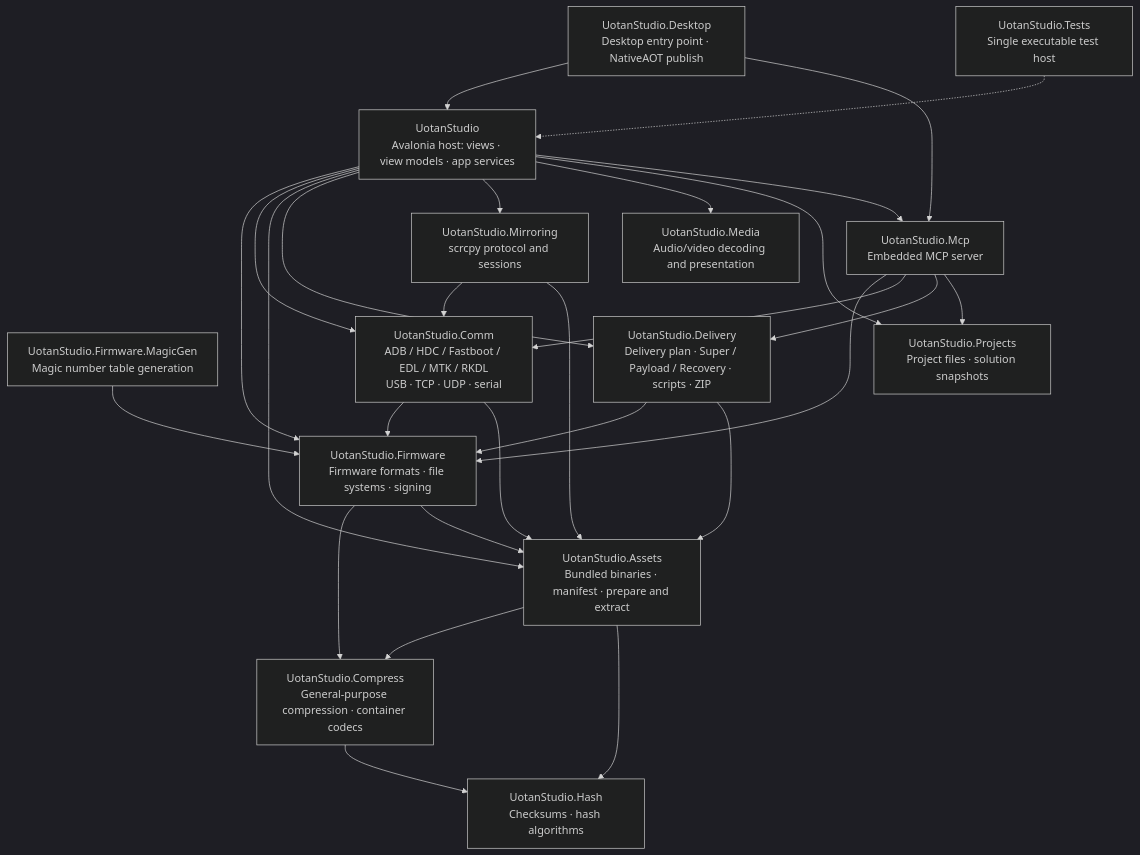
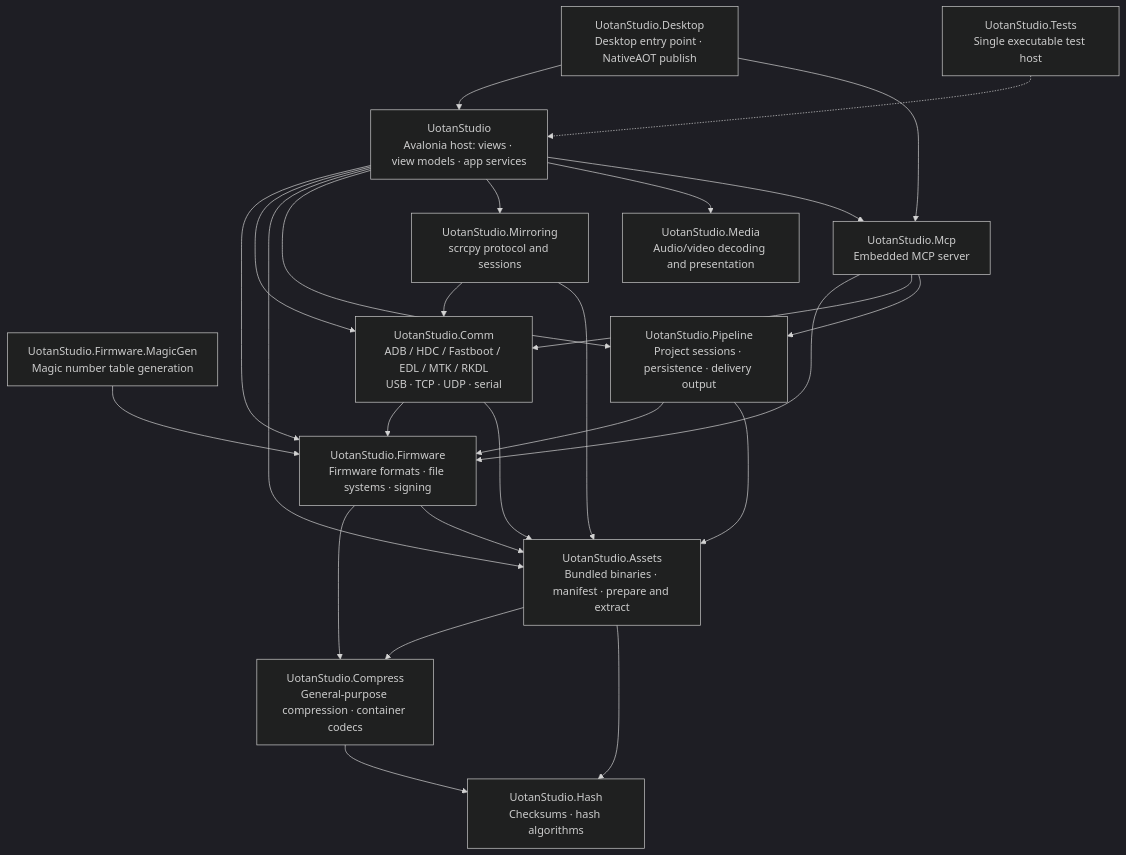
One commit to Uotan-Dev/UotanStudio changed the diagram in README-EN.md. Above: the diagram before and after it, drawn with Mermaid (dark theme). The commit also changed other lines of this file and 13 other files, not shown here.

First line of the commit message:
docs: merge the projects and delivery rules into UotanStudio.Pipeline

````diff
--- a/README-EN.md
+++ b/README-EN.md
@@ -34,45 +34,42 @@
 ```mermaid
 flowchart TD
  Hash["UotanStudio.Hash<br/>Checksums · hash algorithms"]
  Compress["UotanStudio.Compress<br/>General-purpose compression · container codecs"]
  Assets["UotanStudio.Assets<br/>Bundled binaries · manifest · prepare and extract"]
  Firmware["UotanStudio.Firmware<br/>Firmware formats · file systems · signing"]
  MagicGen["UotanStudio.Firmware.MagicGen<br/>Magic number table generation"]
- Projects["UotanStudio.Projects<br/>Project files · solution snapshots"]
+ Pipeline["UotanStudio.Pipeline<br/>Project sessions · persistence · delivery output"]
  Media["UotanStudio.Media<br/>Audio/video decoding and presentation"]
  Comm["UotanStudio.Comm<br/>ADB / HDC / Fastboot / EDL / MTK / RKDL<br/>USB · TCP · UDP · serial"]
  Mirroring["UotanStudio.Mirroring<br/>scrcpy protocol and sessions"]
- Delivery["UotanStudio.Delivery<br/>Delivery plan · Super / Payload / Recovery · scripts · ZIP"]
  Mcp["UotanStudio.Mcp<br/>Embedded MCP server"]
  Host["UotanStudio<br/>Avalonia host: views · view models · app services"]
  Desktop["UotanStudio.Desktop<br/>Desktop entry point · NativeAOT publish"]
  Tests["UotanStudio.Tests<br/>Single executable test host"]
 
  MagicGen --> Firmware
  Compress --> Hash
  Assets --> Compress
  Assets --> Hash
  Firmware --> Compress
  Firmware --> Assets
  Comm --> Firmware
  Comm --> Assets
- Delivery --> Firmware
- Delivery --> Assets
+ Pipeline --> Firmware
+ Pipeline --> Assets
  Mirroring --> Comm
  Mirroring --> Assets
  Mcp --> Firmware
  Mcp --> Comm
- Mcp --> Delivery
- Mcp --> Projects
+ Mcp --> Pipeline
  Host --> Firmware
  Host --> Comm
  Host --> Assets
- Host --> Delivery
+ Host --> Pipeline
  Host --> Mirroring
  Host --> Media
- Host --> Projects
  Host --> Mcp
  Desktop --> Host
  Desktop --> Mcp
  Tests -.-> Host
 ```
````
